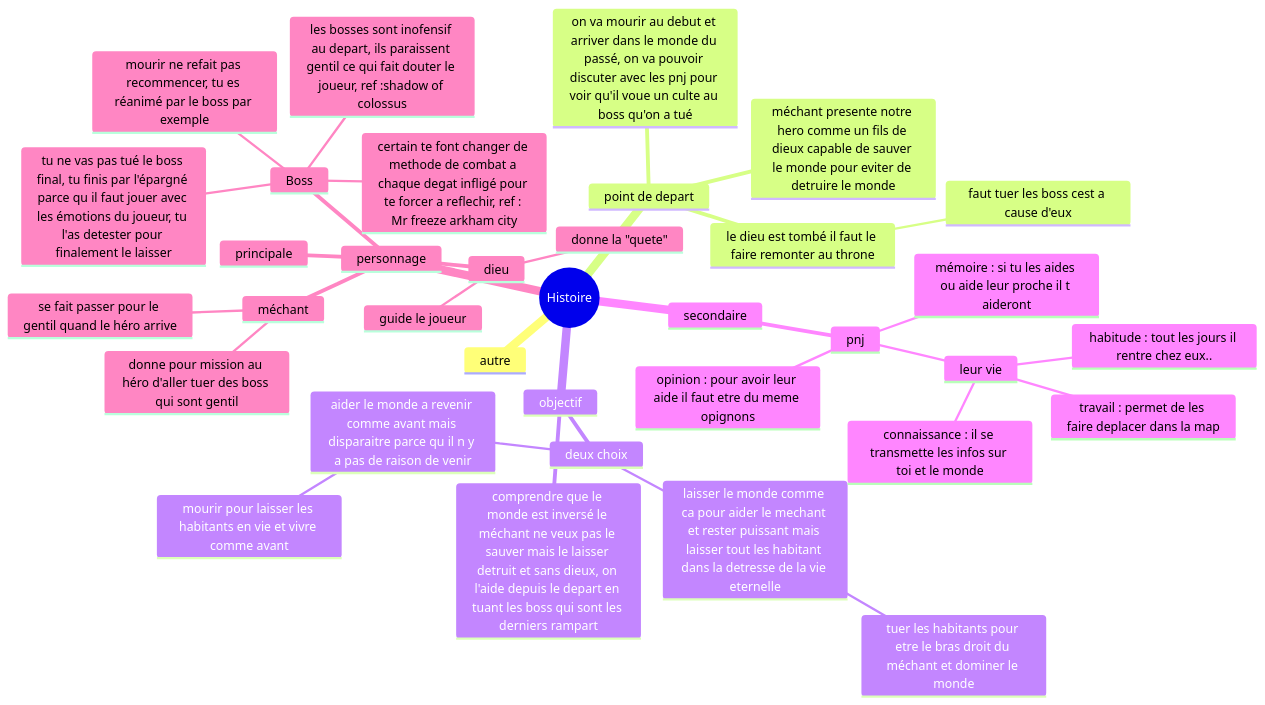
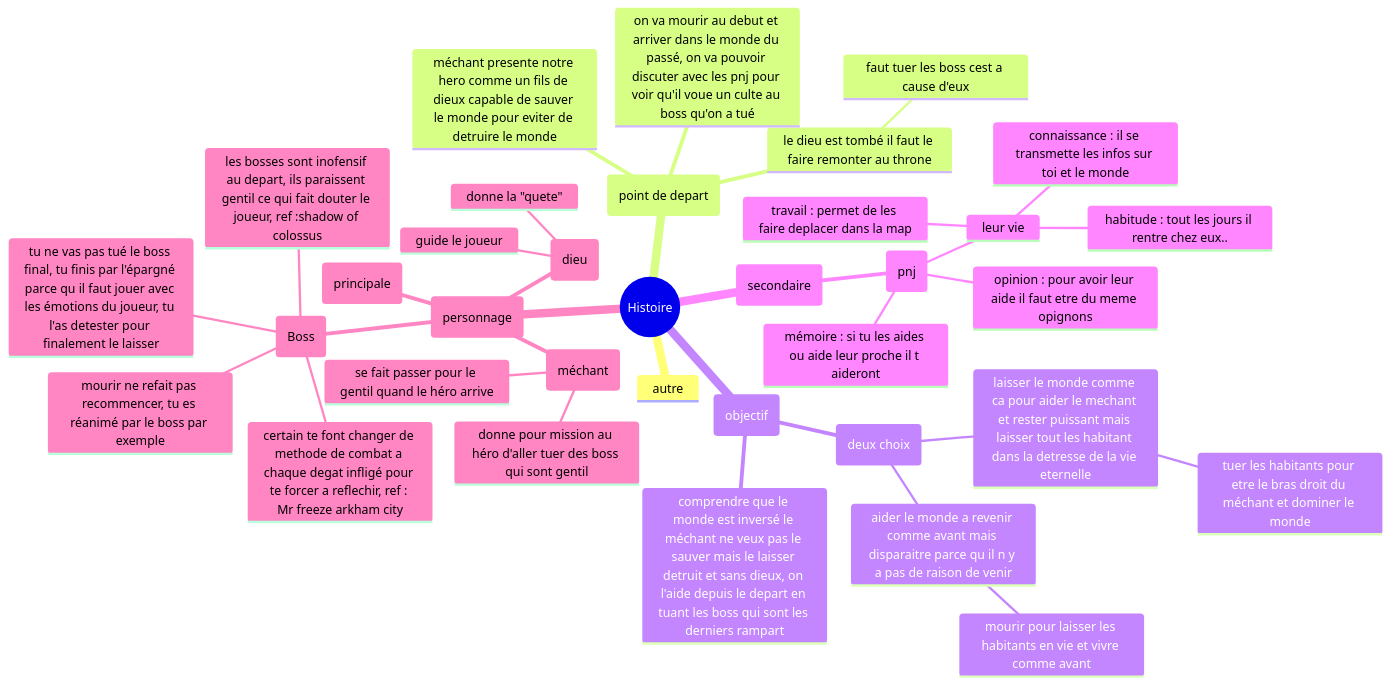
Before and after one commit to TheoHUETQC/adventure-game: the first of 3 diagrams in README.md, drawn with Mermaid. The commit also changed other lines of this file, not shown here.

````diff
--- a/README.md
+++ b/README.md
@@ -36,38 +52,38 @@
 ```mermaid
 mindmap
   root((Histoire))
     autre
-    point de depart
+    (point de depart)
       méchant presente notre hero comme un fils de dieux capable de sauver le monde pour eviter de detruire le monde
       le dieu est tombé il faut le faire remonter au throne
         faut tuer les boss cest a cause d'eux
       on va mourir au debut et arriver dans le monde du passé, on va pouvoir discuter avec les pnj pour voir qu'il voue un culte au boss qu'on a tué
-    objectif
+    (objectif)
       comprendre que le monde est inversé le méchant ne veux pas le sauver mais le laisser detruit et sans dieux, on l'aide depuis le depart en tuant les boss qui sont les derniers rampart
-      deux choix
+      (deux choix)
         laisser le monde comme ca pour aider le mechant et rester puissant mais laisser tout les habitant dans la detresse de la vie eternelle
           tuer les habitants pour etre le bras droit du méchant et dominer le monde
         aider le monde a revenir comme avant mais disparaitre parce qu il n y a pas de raison de venir
           mourir pour laisser les habitants en vie et vivre comme avant
-    secondaire
-      pnj
+    (secondaire)
+      (pnj)
         opinion : pour avoir leur aide il faut etre du meme opignons
         mémoire : si tu les aides ou aide leur proche il t aideront
         leur vie
           habitude : tout les jours il rentre chez eux..
           travail : permet de les faire deplacer dans la map
           connaissance : il se transmette les infos sur toi et le monde
-    personnage
-      principale
-      méchant
+    (personnage)
+      (principale)
+      (méchant)
         se fait passer pour le gentil quand le héro arrive
         donne pour mission au héro d'aller tuer des boss qui sont gentil
-      dieu
+      (dieu)
         guide le joueur
         donne la "quete"
-      Boss
+      (Boss)
         mourir ne refait pas recommencer, tu es réanimé par le boss par exemple
         tu ne vas pas tué le boss final, tu finis par l'épargné parce qu il faut jouer avec les émotions du joueur, tu l'as detester pour finalement le laisser
         les bosses sont inofensif au depart, ils paraissent gentil ce qui fait douter le joueur, ref :shadow of colossus
         certain te font changer de methode de combat a chaque degat infligé pour te forcer a reflechir, ref : Mr freeze arkham city
 ```
````
